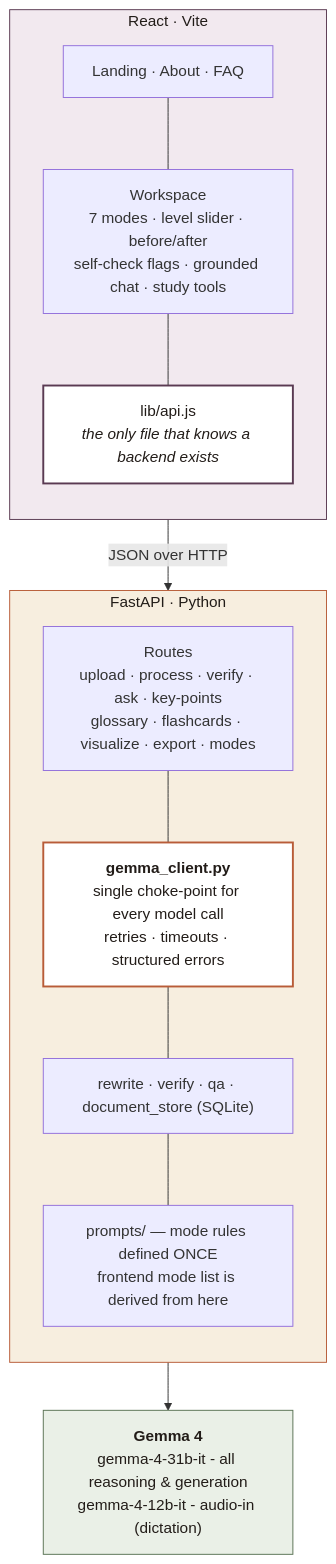
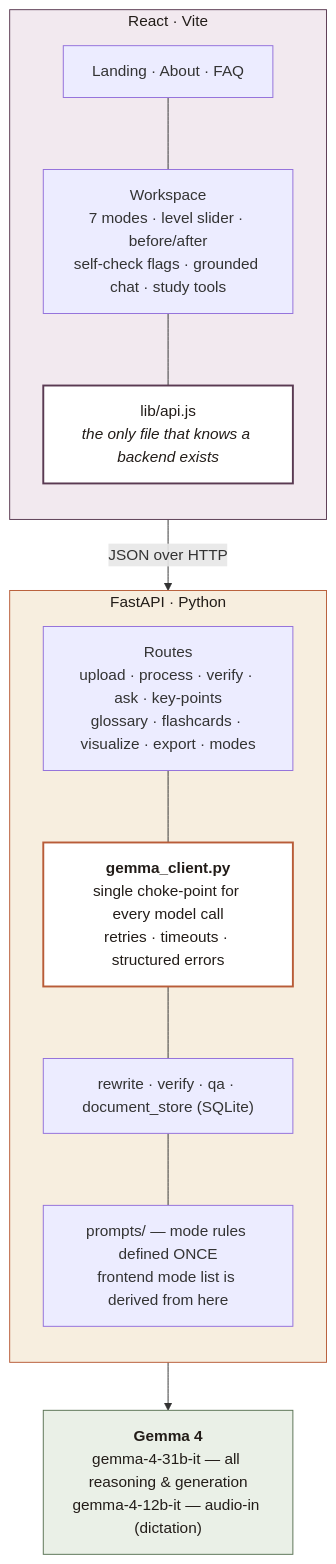
The third of 3 diagrams in README.md (DipannitaOrni/Lexi), drawn with Mermaid before and after one commit. The commit also changed other lines of this file, not shown here.

````diff
--- a/README.md
+++ b/README.md
@@ -141,30 +208,30 @@
 ```mermaid
 flowchart TB
     subgraph FE["React · Vite"]
         direction TB
         Pages["Landing · About · FAQ"]
         Work["Workspace<br/>7 modes · level slider · before/after<br/>self-check flags · grounded chat · study tools"]
         API["lib/api.js<br/><i>the only file that knows a backend exists</i>"]
         Pages --- Work --- API
     end
 
     subgraph BE["FastAPI · Python"]
         direction TB
         Routes["Routes<br/>upload · process · verify · ask · key-points<br/>glossary · flashcards · visualize · export · modes"]
         Client["<b>gemma_client.py</b><br/>single choke-point for every model call<br/>retries · timeouts · structured errors"]
         Store["rewrite · verify · qa · document_store (SQLite)"]
         Prompts["prompts/ — mode rules defined ONCE<br/>frontend mode list is derived from here"]
         Routes --- Client --- Store --- Prompts
     end
 
-    Gemma["<b>Gemma 4</b><br/>gemma-4-31b-it - all reasoning &amp; generation<br/>gemma-4-12b-it - audio-in (dictation)"]
+    Gemma["<b>Gemma 4</b><br/>gemma-4-31b-it — all reasoning &amp; generation<br/>gemma-4-12b-it — audio-in (dictation)"]
 
     API -->|JSON over HTTP| Routes
     Client --> Gemma
 
     style FE fill:#F2E9EF,stroke:#5A3A52,color:#221C18
     style BE fill:#F7EEDF,stroke:#B85C38,color:#221C18
     style Gemma fill:#EAF0E7,stroke:#5B7355,color:#221C18
     style Client fill:#fff,stroke:#B85C38,stroke-width:2px,color:#221C18
     style API fill:#fff,stroke:#5A3A52,stroke-width:2px,color:#221C18
 ```
````
